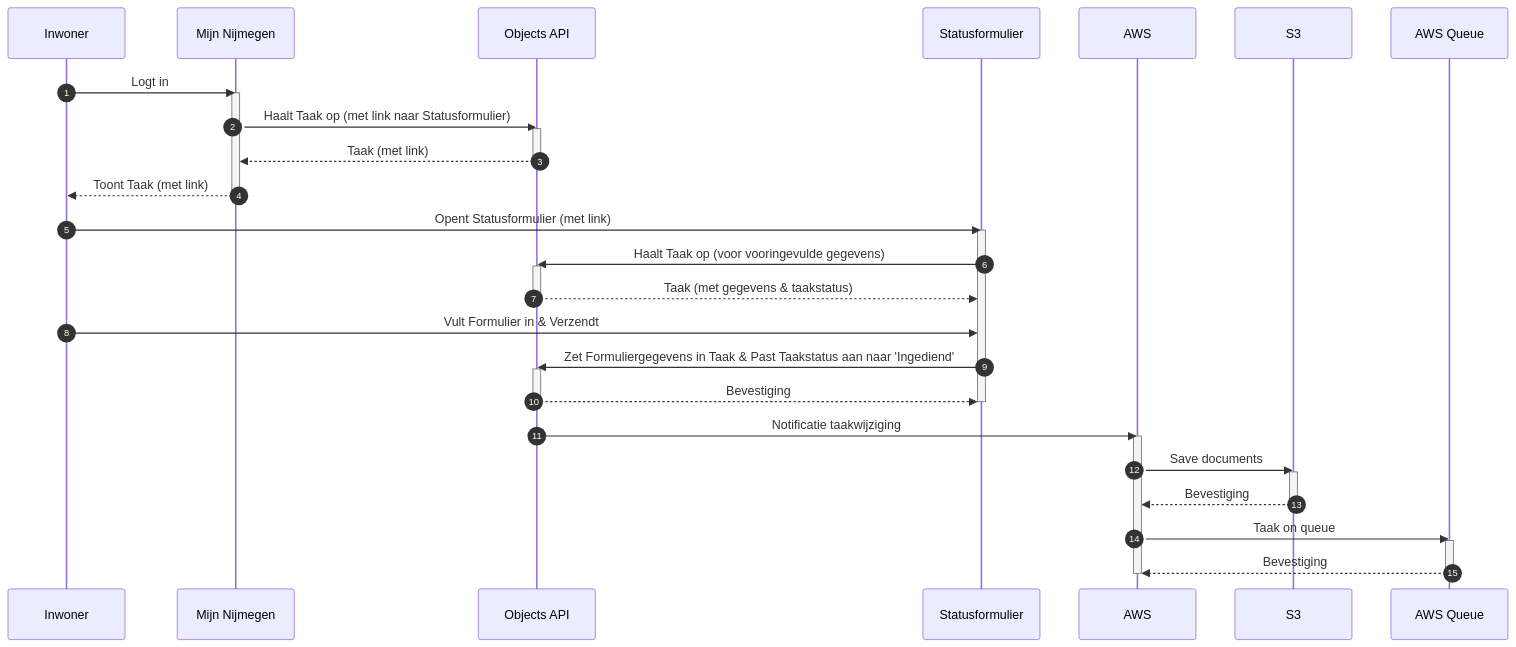
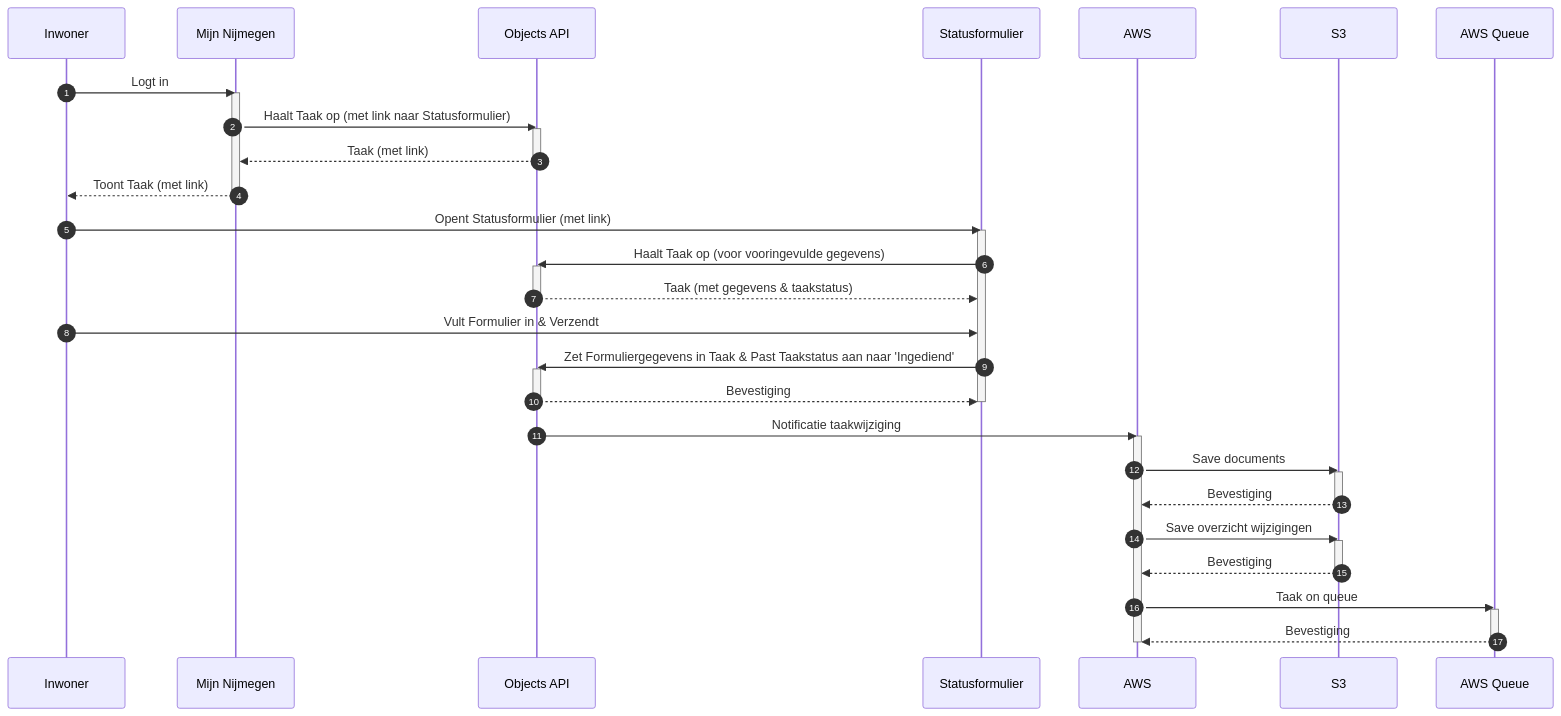
One commit to GemeenteNijmegen/open-forms changed the second of 3 diagrams in docs/ESFv2/esf.md. Above: the diagram before and after it, drawn with Mermaid. The commit also changed other lines of this file, not shown here.

````diff
--- a/docs/ESFv2/esf.md
+++ b/docs/ESFv2/esf.md
@@ -60,45 +60,49 @@
 ```mermaid
 sequenceDiagram
     autonumber
     participant Inwoner
     participant Mijn Nijmegen
     participant Objects API
     participant Statusformulier
     participant AWS
     participant S3
     participant AWS Queue
 
     Inwoner->>Mijn Nijmegen: Logt in
     activate Mijn Nijmegen
     Mijn Nijmegen->>Objects API: Haalt Taak op (met link naar Statusformulier)
     activate Objects API
     Objects API-->>Mijn Nijmegen: Taak (met link)
     deactivate Objects API
     Mijn Nijmegen-->>Inwoner: Toont Taak (met link)
     deactivate Mijn Nijmegen
 
     Inwoner->>Statusformulier: Opent Statusformulier (met link)
     activate Statusformulier
     Statusformulier->>Objects API: Haalt Taak op (voor vooringevulde gegevens)
     activate Objects API
     Objects API-->>Statusformulier: Taak (met gegevens & taakstatus)
     deactivate Objects API
     Inwoner->>Statusformulier: Vult Formulier in & Verzendt
     Statusformulier->>Objects API: Zet Formuliergegevens in Taak & Past Taakstatus aan naar 'Ingediend'
     activate Objects API
     Objects API-->>Statusformulier: Bevestiging
     deactivate Objects API
     deactivate Statusformulier
 
     Objects API->>AWS: Notificatie taakwijziging
     activate AWS
     AWS->>S3: Save documents
     activate S3
     S3-->>AWS: Bevestiging
     deactivate S3
+    AWS->>S3: Save overzicht wijzigingen
+    activate S3
+    S3-->>AWS: Bevestiging
+    deactivate S3
     AWS->>AWS Queue: Taak on queue
     activate AWS Queue
     AWS Queue-->>AWS: Bevestiging
     deactivate AWS Queue
     deactivate AWS
 ```
````
